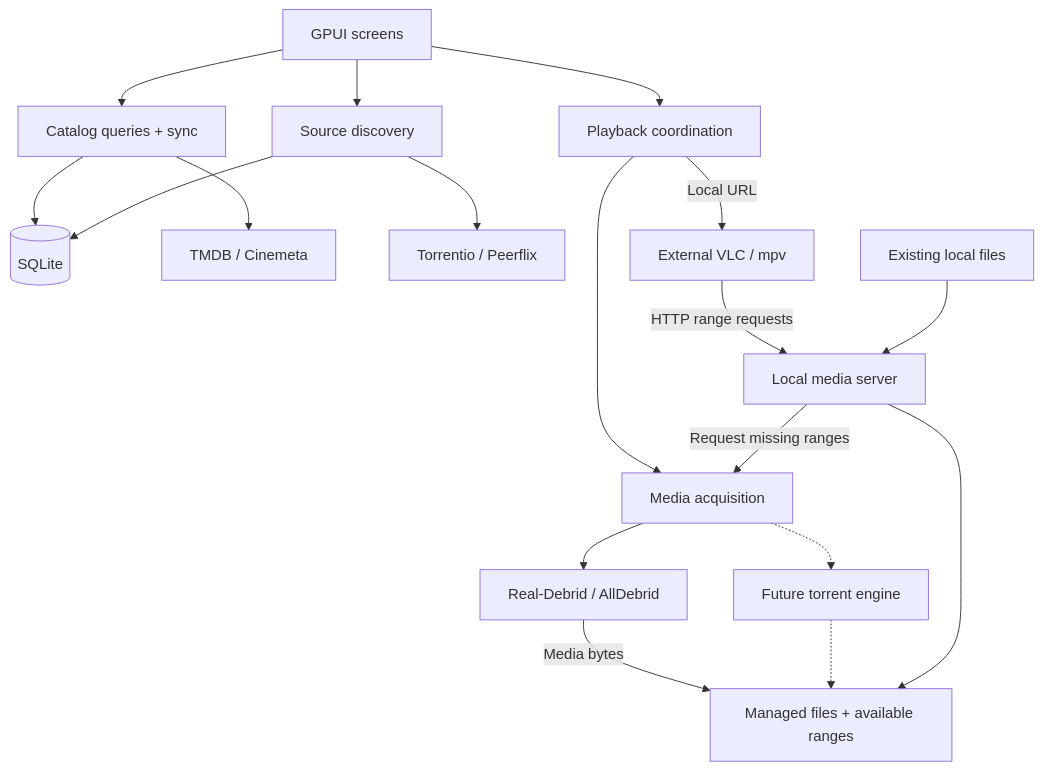
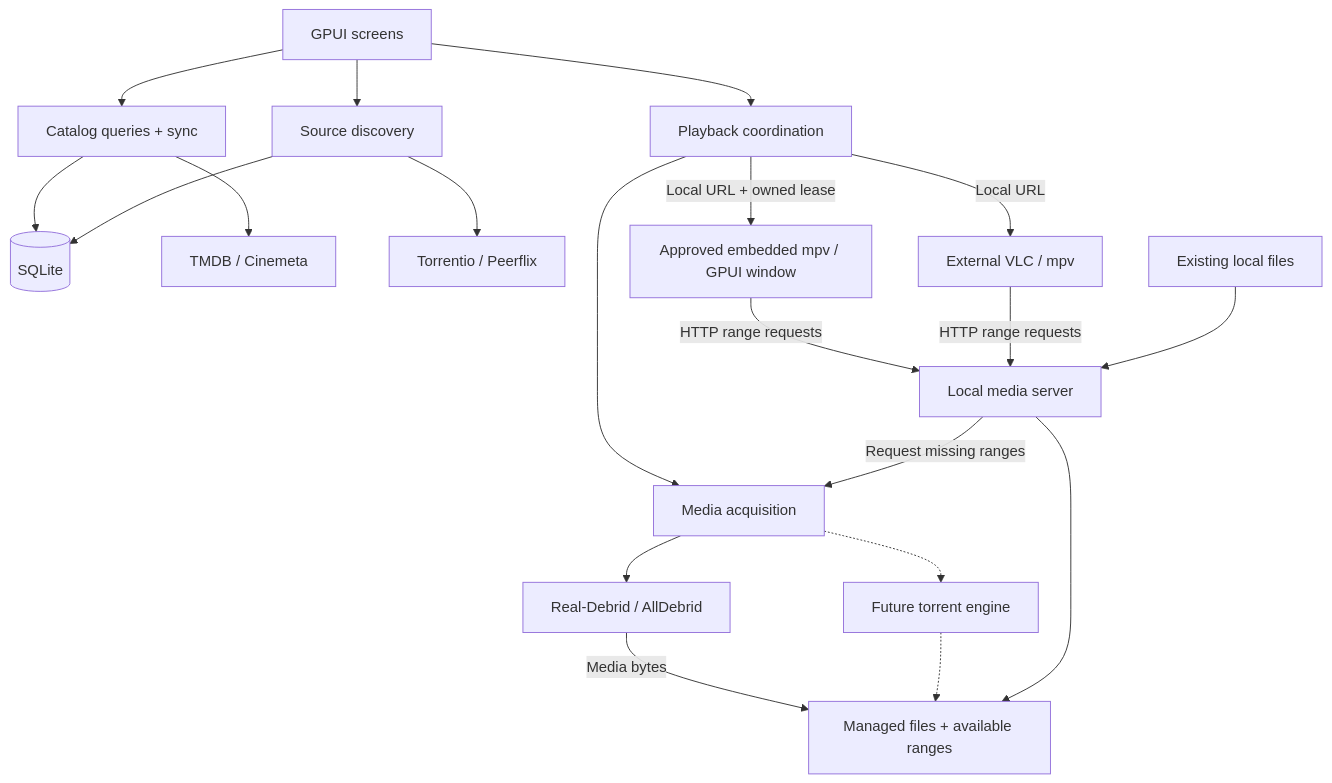
One commit to ThilinaTLM/kinema changed the diagram in docs/architecture.md. Above: the diagram before and after it, drawn with Mermaid. The commit also changed other lines of this file and 47 other files, not shown here.

First line of the commit message:
feat(player): add default embedded mpv with Cinema playback window

````diff
--- a/docs/architecture.md
+++ b/docs/architecture.md
@@ -147,20 +203,22 @@
 ```mermaid
 flowchart TB
     UI["GPUI screens"] --> Catalog["Catalog queries + sync"]
     Catalog --> DB[("SQLite")]
     Catalog --> Metadata["TMDB / Cinemeta"]
     UI --> Sources["Source discovery"]
     Sources --> DB
     Sources --> Indexers["Torrentio / Peerflix"]
     UI --> Playback["Playback coordination"]
     Playback --> Acquire["Media acquisition"]
     Acquire --> Debrid["Real-Debrid / AllDebrid"]
     Debrid -->|"Media bytes"| Storage["Managed files + available ranges"]
     Acquire -.-> Torrent["Future torrent engine"]
     Torrent -.-> Storage
+    Playback -->|"Local URL + owned lease"| Embedded["Approved embedded mpv / GPUI window"]
     Playback -->|"Local URL"| Player["External VLC / mpv"]
-    Player -->|"HTTP range requests"| Server["Local media server"]
+    Embedded -->|"HTTP range requests"| Server["Local media server"]
+    Player -->|"HTTP range requests"| Server
     Server --> Storage
     Server -->|"Request missing ranges"| Acquire
     Local["Existing local files"] --> Server
 ```
````
